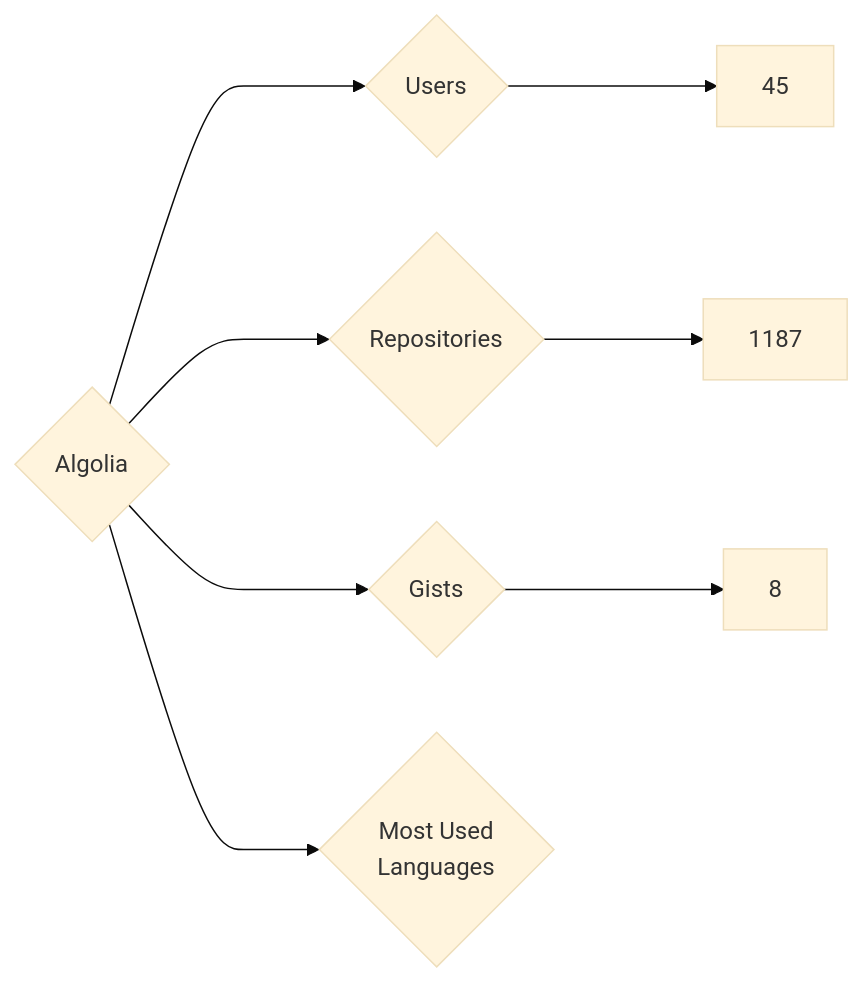
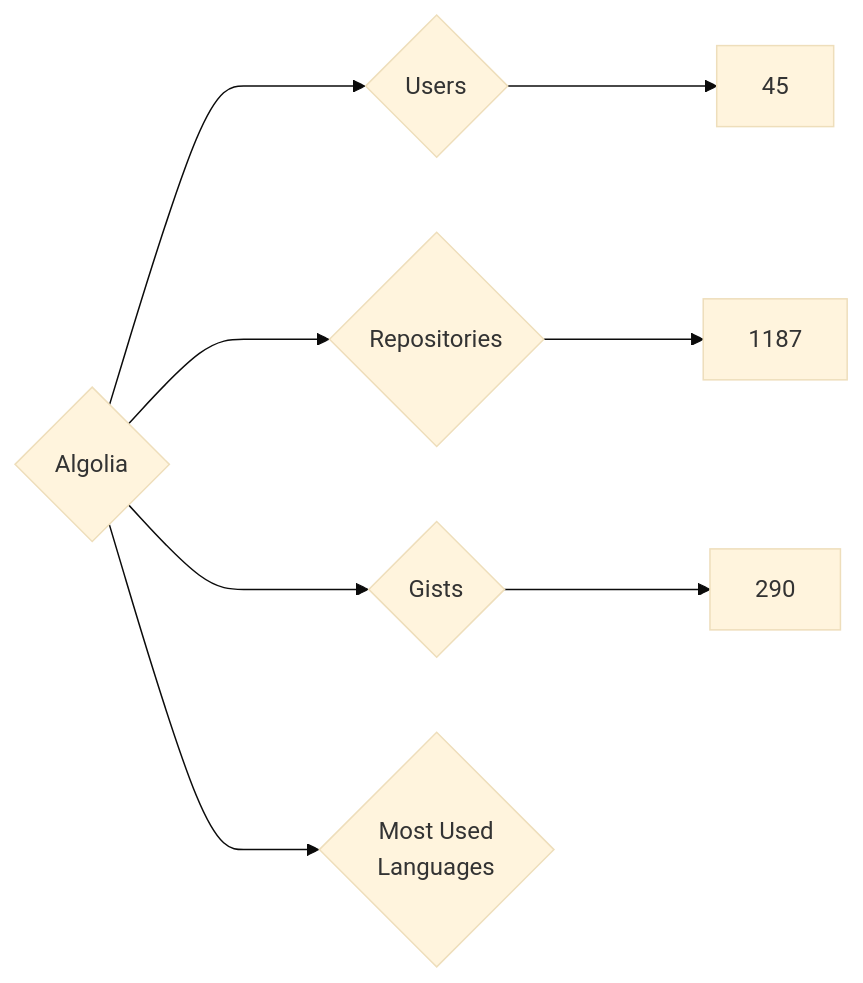
The diagram in targets/Algolia/README.md (nenadzaric/insiders), drawn with Mermaid (base theme) before and after one commit. The commit also changed 1342 other files, not shown here.

````diff
--- a/targets/Algolia/README.md
+++ b/targets/Algolia/README.md
@@ -3,8 +3,8 @@
 ```mermaid
 graph LR
 COMPANY_NAME{Algolia}
 COMPANY_NAME ---> U{Users} ---> UN[45]
 COMPANY_NAME ---> R{Repositories} ---> RN[1187]
-COMPANY_NAME ---> G{Gists} ---> GN[8]
+COMPANY_NAME ---> G{Gists} ---> GN[290]
 COMPANY_NAME ---> ML{Most Used<br>Languages}
 ```
````
